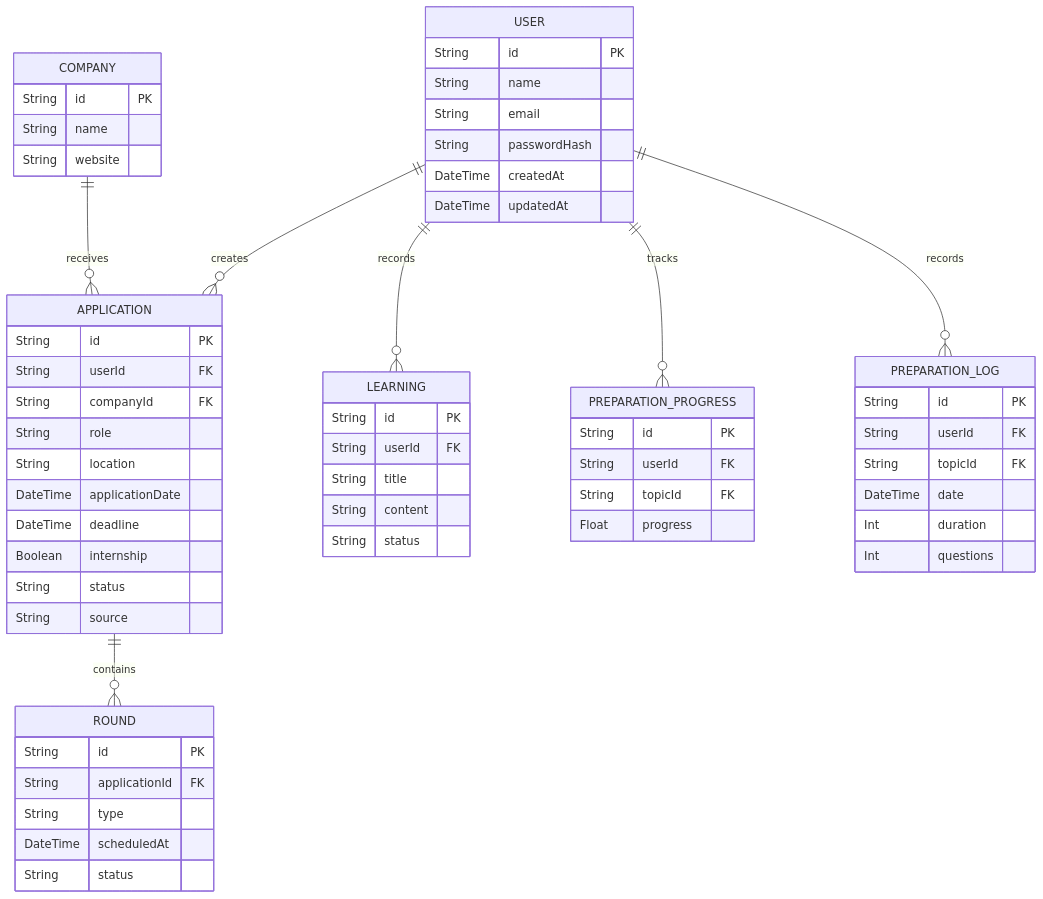
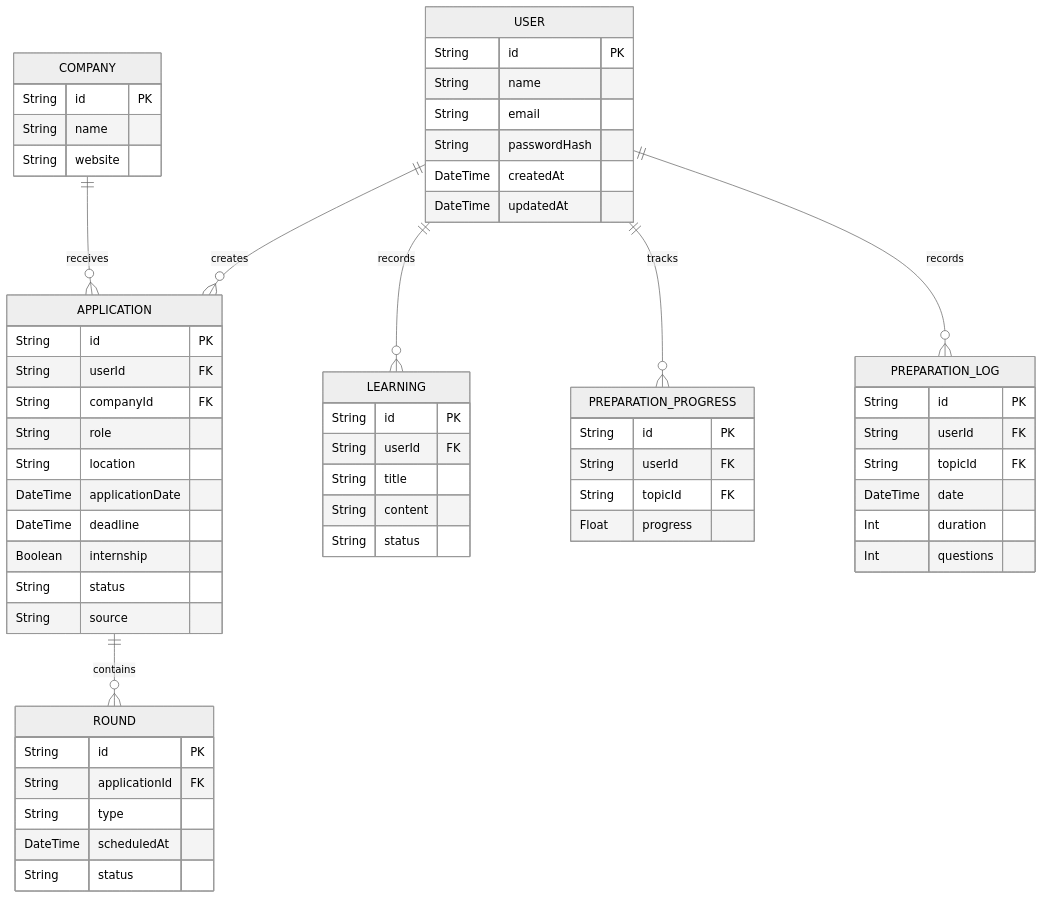
The second of 2 diagrams in README.md (GaliAkshatha/suzume), drawn with Mermaid before and after one commit. The commit also changed other lines of this file, not shown here.

````diff
--- a/README.md
+++ b/README.md
@@ -190,70 +191,71 @@
 ```mermaid
+%%{init: {'theme': 'neutral'}}%%
 erDiagram
     USER ||--o{ APPLICATION : creates
     USER ||--o{ LEARNING : records
     USER ||--o{ PREPARATION_PROGRESS : tracks
     USER ||--o{ PREPARATION_LOG : records
 
     COMPANY ||--o{ APPLICATION : receives
     APPLICATION ||--o{ ROUND : contains
 
     USER {
         String id PK
         String name
         String email
         String passwordHash
         DateTime createdAt
         DateTime updatedAt
     }
 
     COMPANY {
         String id PK
         String name
         String website
     }
 
     APPLICATION {
         String id PK
         String userId FK
         String companyId FK
         String role
         String location
         DateTime applicationDate
         DateTime deadline
         Boolean internship
         String status
         String source
     }
 
     ROUND {
         String id PK
         String applicationId FK
         String type
         DateTime scheduledAt
         String status
     }
 
     LEARNING {
         String id PK
         String userId FK
         String title
         String content
         String status
     }
 
     PREPARATION_PROGRESS {
         String id PK
         String userId FK
         String topicId FK
         Float progress
     }
 
     PREPARATION_LOG {
         String id PK
         String userId FK
         String topicId FK
         DateTime date
         Int duration
         Int questions
     }
 ```
````
